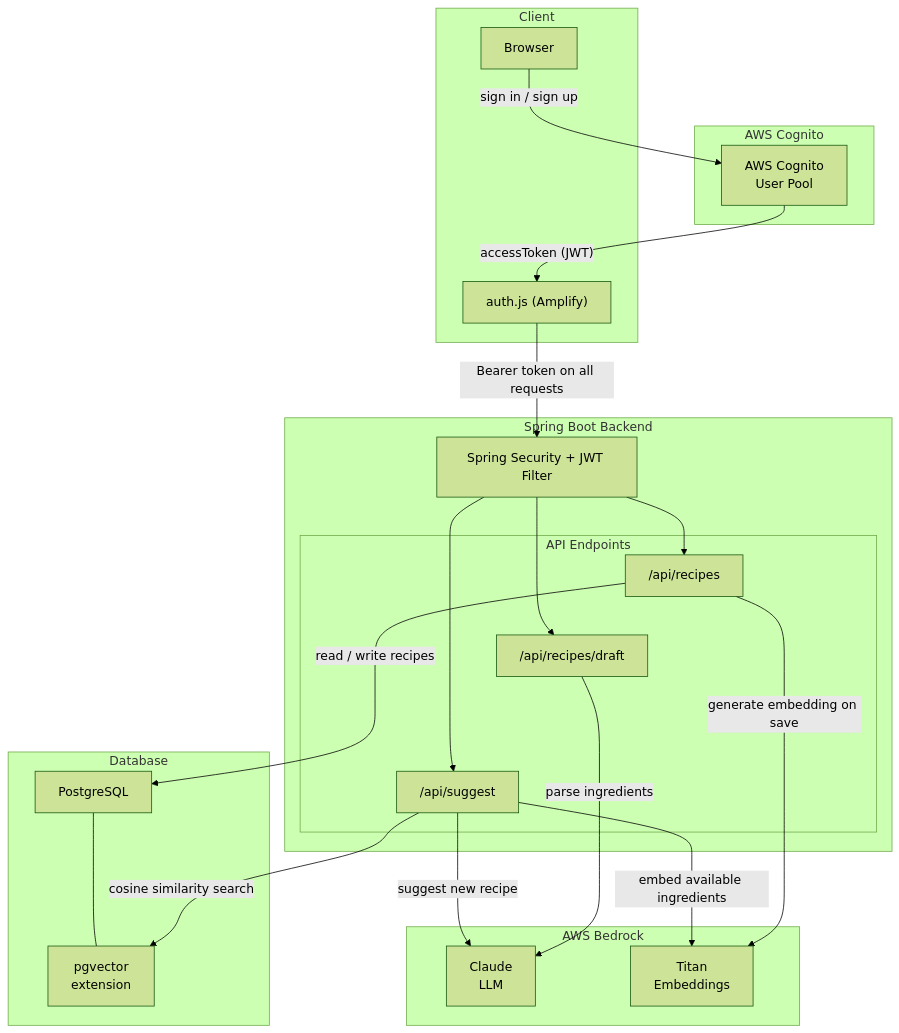
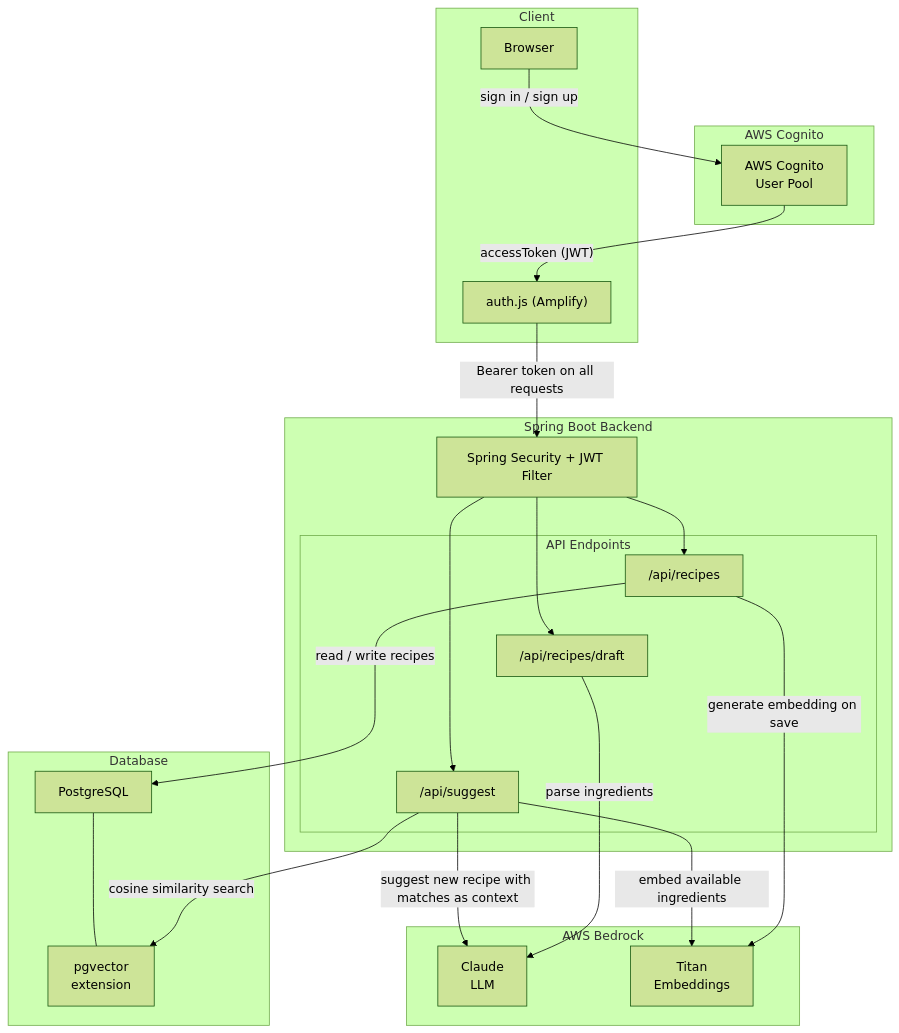
The first of 3 diagrams in README.md (apotnis07/fridge-to-fork), drawn with Mermaid (forest theme) before and after one commit.

````diff
--- a/README.md
+++ b/README.md
@@ -47,49 +47,49 @@
 ```mermaid
 flowchart TB
     subgraph Client["Client"]
         Browser["Browser"]
         AuthJS["auth.js (Amplify)"]
     end
 
     subgraph AWS["AWS Cognito"]
         Cognito["AWS Cognito\nUser Pool"]
     end
 
     subgraph Bedrock["AWS Bedrock"]
         Claude["Claude\nLLM"]
         Titan["Titan\nEmbeddings"]
     end
 
     subgraph Backend["Spring Boot Backend"]
         Security["Spring Security + JWT Filter"]
         subgraph Endpoints["API Endpoints"]
             RecipeAPI["/api/recipes"]
             SuggestAPI["/api/suggest"]
             DraftAPI["/api/recipes/draft"]
         end
         RecipeAPI ~~~ DraftAPI ~~~ SuggestAPI
     end
 
     subgraph Database["Database"]
         PG["PostgreSQL"]
         PGV["pgvector\nextension"]
     end
 
     Browser -- "sign in / sign up" --> Cognito
     Cognito -- "accessToken (JWT)" --> AuthJS
     AuthJS -- "Bearer token on all requests" --> Security
 
     Security --> RecipeAPI
     Security --> DraftAPI
     Security --> SuggestAPI
 
     DraftAPI -- "parse ingredients" --> Claude
-    SuggestAPI -- "suggest new recipe" --> Claude
+    SuggestAPI -- "suggest new recipe with matches as context" --> Claude
 
     RecipeAPI -- "generate embedding on save" --> Titan
     SuggestAPI -- "embed available ingredients" --> Titan
 
     RecipeAPI -- "read / write recipes" --> PG
     SuggestAPI -- "cosine similarity search" --> PGV
     PG --- PGV
 ```
````
